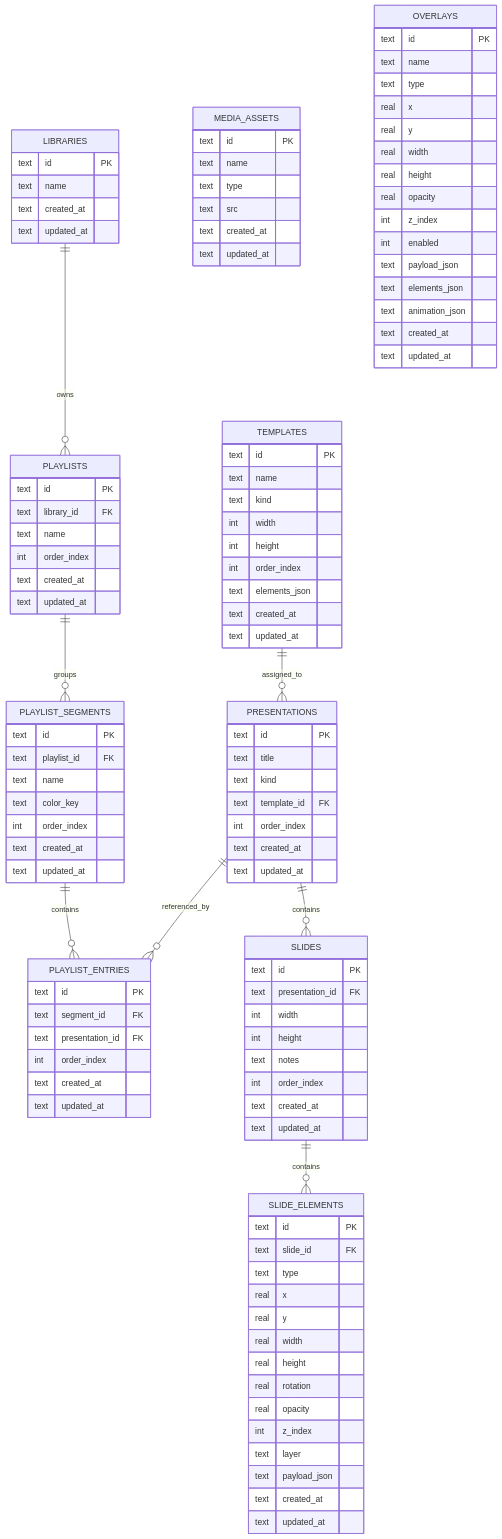
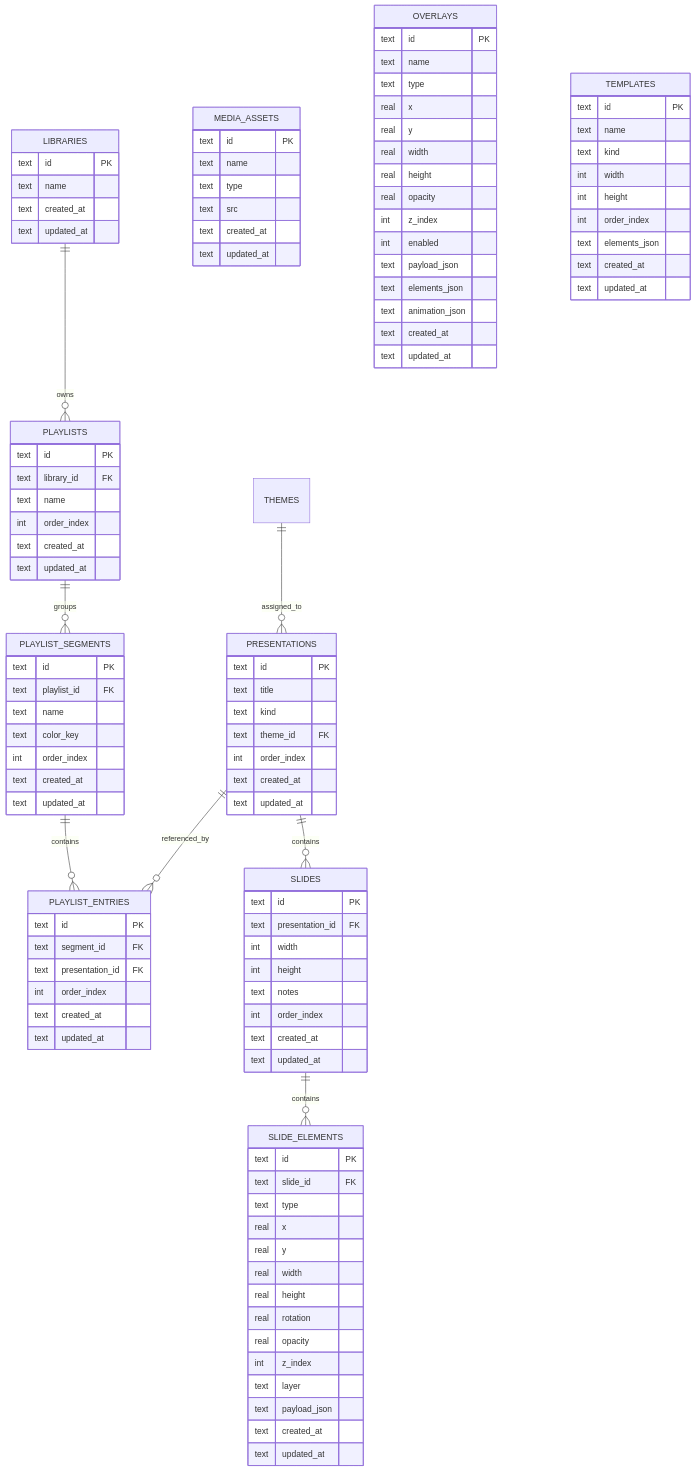
The diagram in docs/openfig-gem.md (IT-PSAPE/cast-interface), drawn with Mermaid before and after one commit. The commit also changed other lines of this file and 69 other files, not shown here.

```diff
--- a/docs/openfig-gem.md
+++ b/docs/openfig-gem.md
@@ -156,7 +156,7 @@
   PRESENTATIONS ||--o{ PLAYLIST_ENTRIES : referenced_by
   PRESENTATIONS ||--o{ SLIDES : contains
   SLIDES ||--o{ SLIDE_ELEMENTS : contains
-  TEMPLATES ||--o{ PRESENTATIONS : assigned_to
+  THEMES ||--o{ PRESENTATIONS : assigned_to
 
   LIBRARIES {
     text id PK
@@ -197,7 +197,7 @@
     text id PK
     text title
     text kind
-    text template_id FK
+    text theme_id FK
     int order_index
     text created_at
     text updated_at
```
